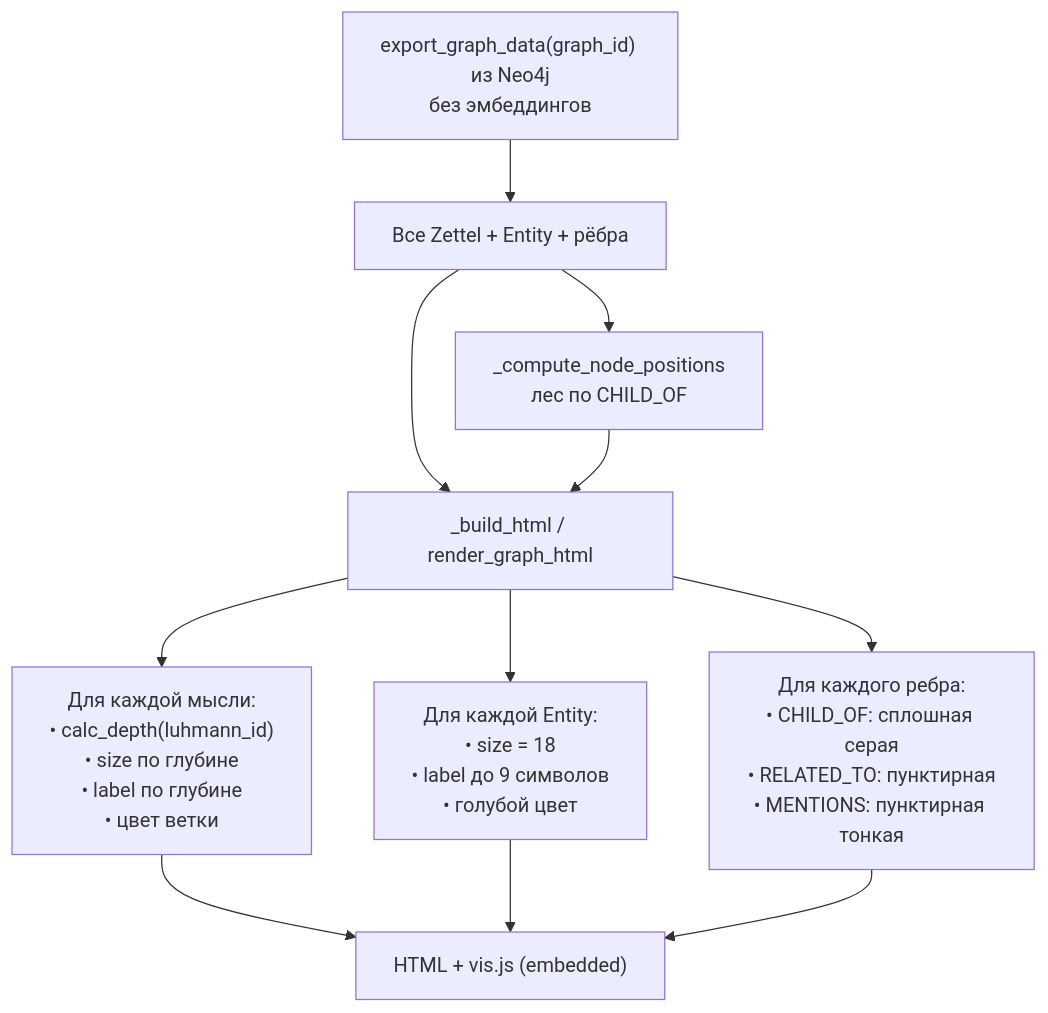
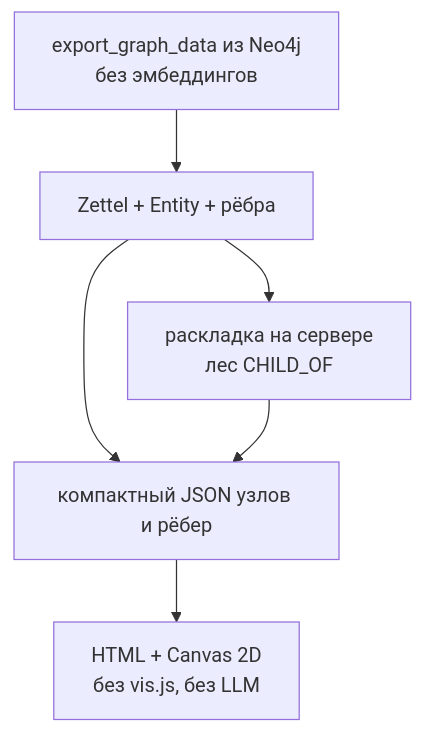
Before and after one commit to nastyakon14/Executive_Exocortex: diagram 14 of 17 in README_v2.md, drawn with Mermaid. The commit also changed other lines of this file and 4 other files, not shown here.

````diff
--- a/README_v2.md
+++ b/README_v2.md
@@ -1226,13 +1261,8 @@
 ```mermaid
 flowchart TD
-    EX["export_graph_data(graph_id) из Neo4j\nбез эмбеддингов"] --> DATA["Все Zettel + Entity + рёбра"]
-    DATA --> POS["_compute_node_positions\nлес по CHILD_OF"]
-    DATA --> BUILD["_build_html / render_graph_html"]
-    POS --> BUILD
-    BUILD --> Z["Для каждой мысли:\n• calc_depth(luhmann_id)\n• size по глубине\n• label по глубине\n• цвет ветки"]
-    BUILD --> E["Для каждой Entity:\n• size = 18\n• label до 9 символов\n• голубой цвет"]
-    BUILD --> EDGE["Для каждого ребра:\n• CHILD_OF: сплошная серая\n• RELATED_TO: пунктирная\n• MENTIONS: пунктирная тонкая"]
-    Z --> HTML["HTML + vis.js (embedded)"]
-    E --> HTML
-    EDGE --> HTML
+    EX["export_graph_data из Neo4j\nбез эмбеддингов"] --> DATA["Zettel + Entity + рёбра"]
+    DATA --> POS["раскладка на сервере\nлес CHILD_OF"]
+    DATA --> PACK["компактный JSON узлов и рёбер"]
+    POS --> PACK
+    PACK --> HTML["HTML + Canvas 2D\nбез vis.js, без LLM"]
 ```
````
